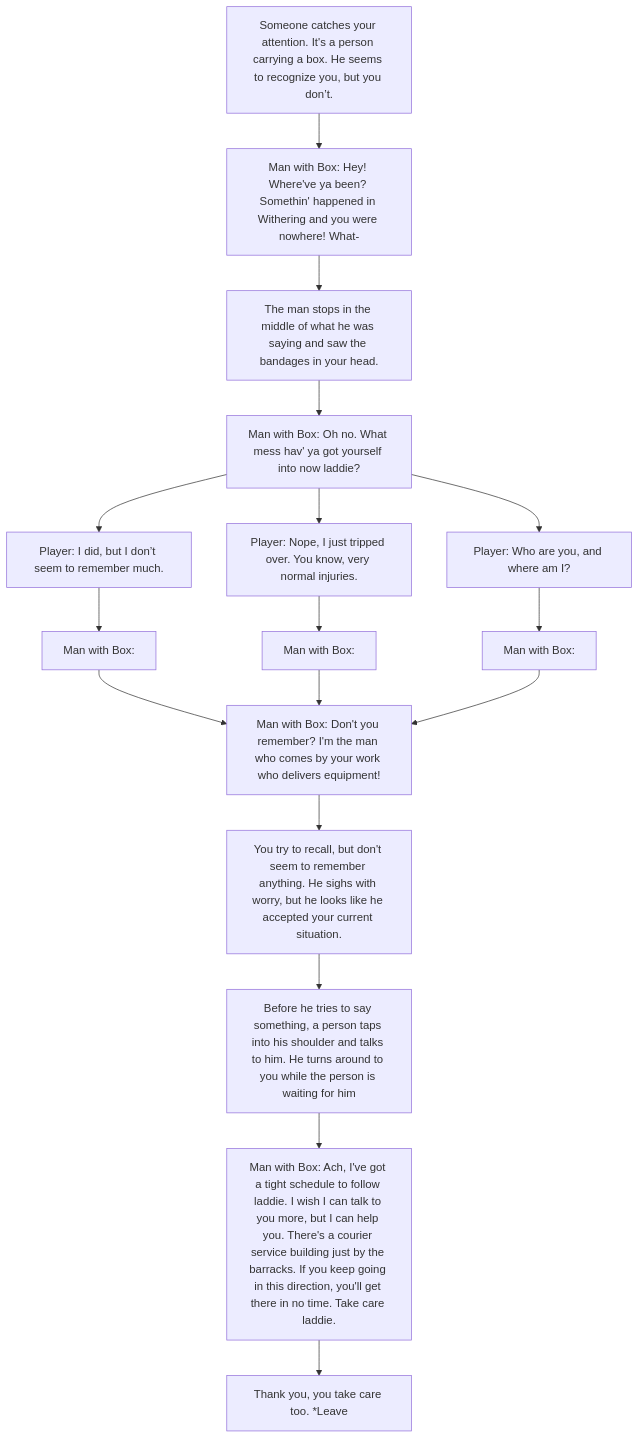
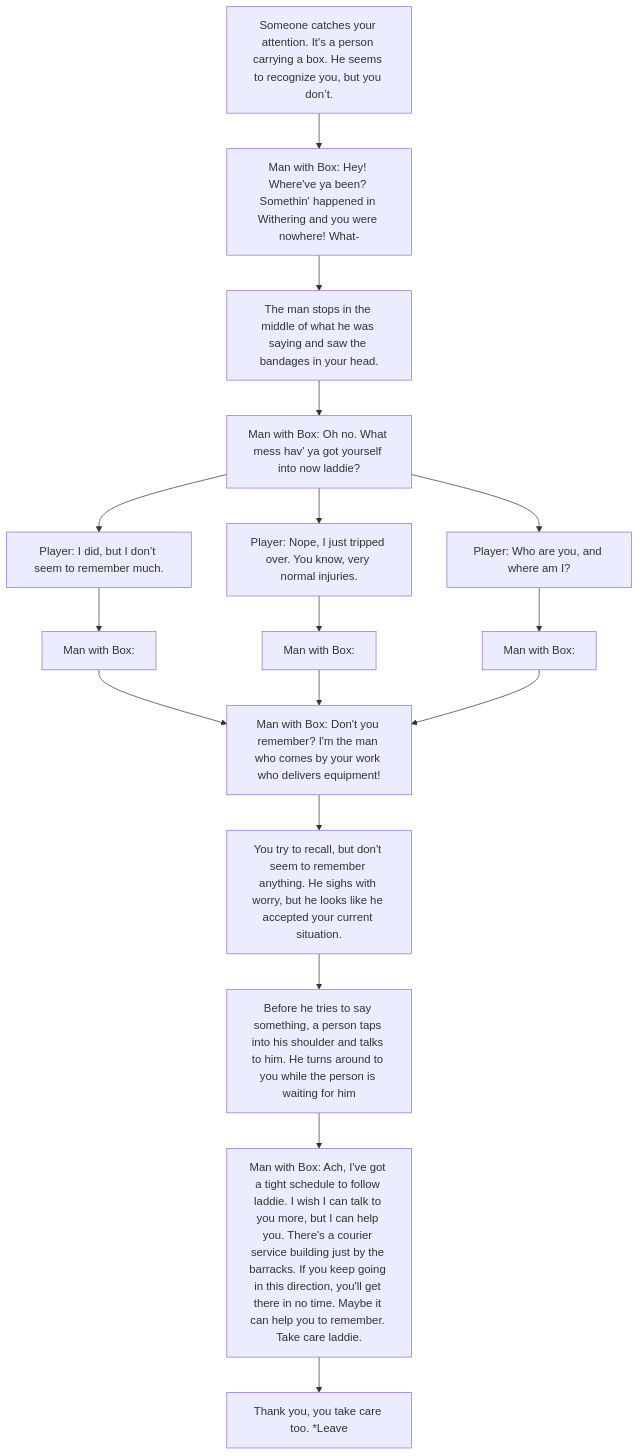
Before and after one commit to padillaryl/cc3-rpg-DialogueTree: the diagram in Q1-PersonWBox.md, drawn with Mermaid.

````diff
--- a/Q1-PersonWBox.md
+++ b/Q1-PersonWBox.md
@@ -1,23 +1,23 @@
 ```mermaid
 flowchart TD
   A[Someone catches your attention. It's a person carrying a box. He seems to recognize you, but you don’t.]
   A --> B[Man with Box: Hey! Where've ya been? Somethin' happened in Withering and you were nowhere! What-]
   B --> C[The man stops in the middle of what he was saying and saw the bandages in your head.]
   C --> D[Man with Box: Oh no. What mess hav' ya got yourself into now laddie?]
 
   D --> E[Player: I did, but I don’t seem to remember much.]
   D --> F[Player: Nope, I just tripped over. You know, very normal injuries.]
   D --> G[Player: Who are you, and where am I?]
 
   E --> H[Man with Box: ]
   F --> I[Man with Box: ]
   G --> J[Man with Box: ]
 
   H & I & J --> K[Man with Box: Don't you remember? I'm the man who comes by your work who delivers equipment!]
   K --> L[You try to recall, but don't seem to remember anything. He sighs with worry, but he looks like he accepted your current situation.]
   L --> M[Before he tries to say something, a person taps into his shoulder and talks to him. He turns around to you while the person is waiting for him]
-  M --> N[Man with Box: Ach, I've got a tight schedule to follow laddie. I wish I can talk to you more, but I can help you. There's a courier service building just by the barracks. If you keep going in this direction, you'll get there in no time. Take care laddie.]
+  M --> N[Man with Box: Ach, I've got a tight schedule to follow laddie. I wish I can talk to you more, but I can help you. There's a courier service building just by the barracks. If you keep going in this direction, you'll get there in no time. Maybe it can help you to remember. Take care laddie.]
 
   N --> O[Thank you, you take care too. *Leave]
 
 ```
````
